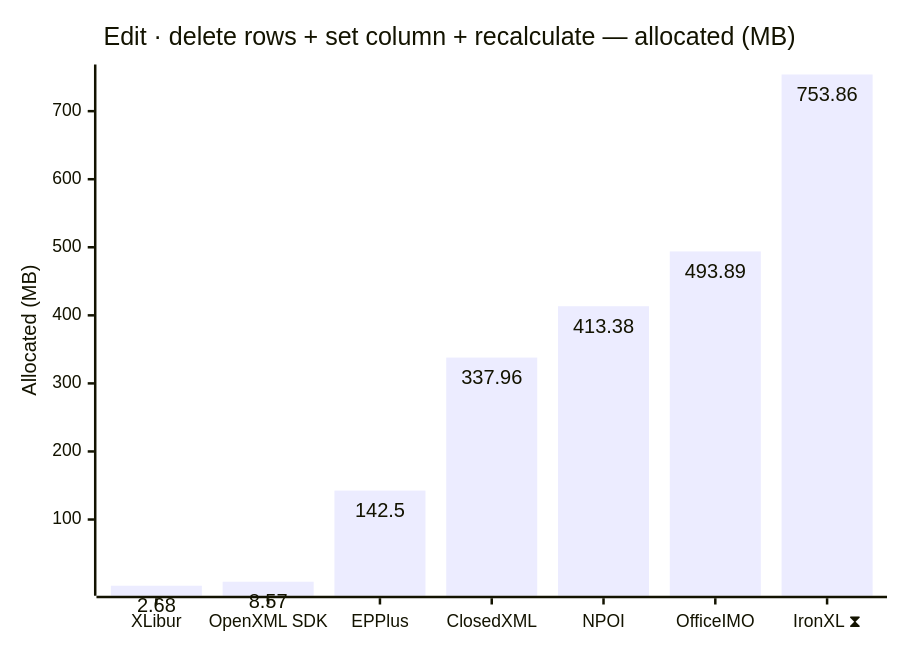
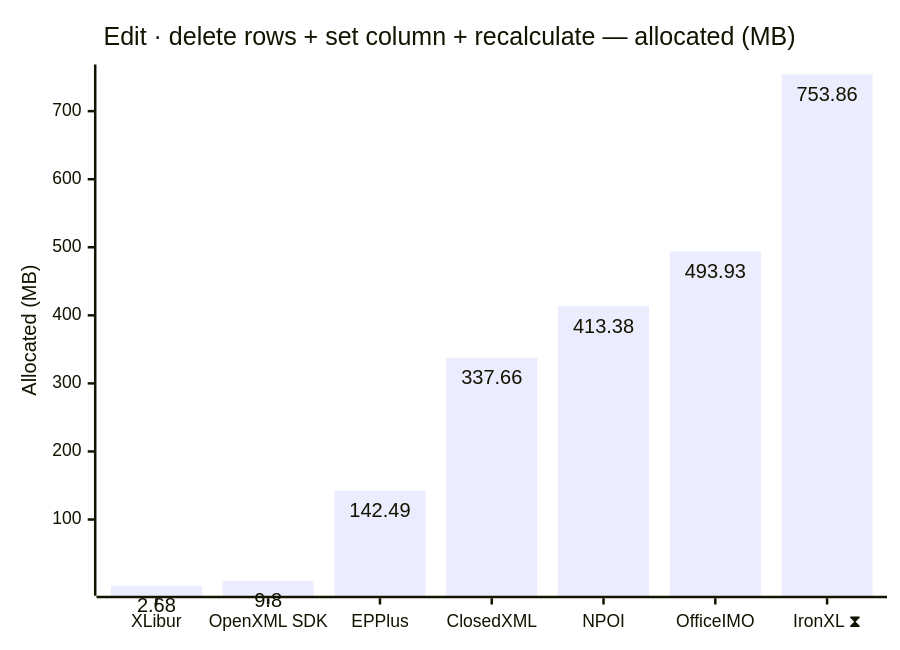
One commit to jafin/XLBench changed diagram 12 of 18 in docs/results-ci.md. Above: the diagram before and after it, drawn with Mermaid. The commit also changed other lines of this file, not shown here.

````diff
--- a/docs/results-ci.md
+++ b/docs/results-ci.md
@@ -160,12 +186,12 @@
 ```mermaid
 ---
 config:
   xyChart:
     showDataLabel: true
 ---
 xychart-beta
     title "Edit · delete rows + set column + recalculate — allocated (MB)"
     x-axis ["XLibur", "OpenXML SDK", "EPPlus", "ClosedXML", "NPOI", "OfficeIMO", "IronXL ⧗"]
     y-axis "Allocated (MB)"
-    bar [2.68, 8.57, 142.5, 337.96, 413.38, 493.89, 753.86]
+    bar [2.68, 9.8, 142.49, 337.66, 413.38, 493.93, 753.86]
 ```
````
